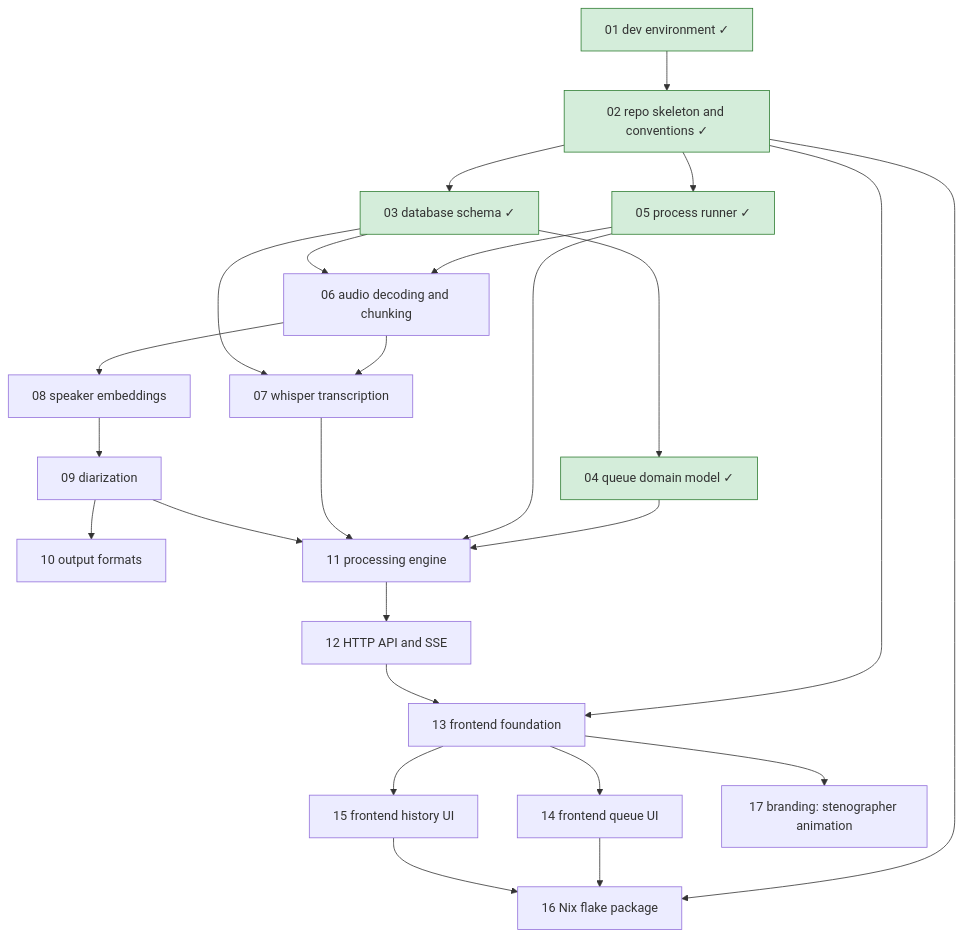
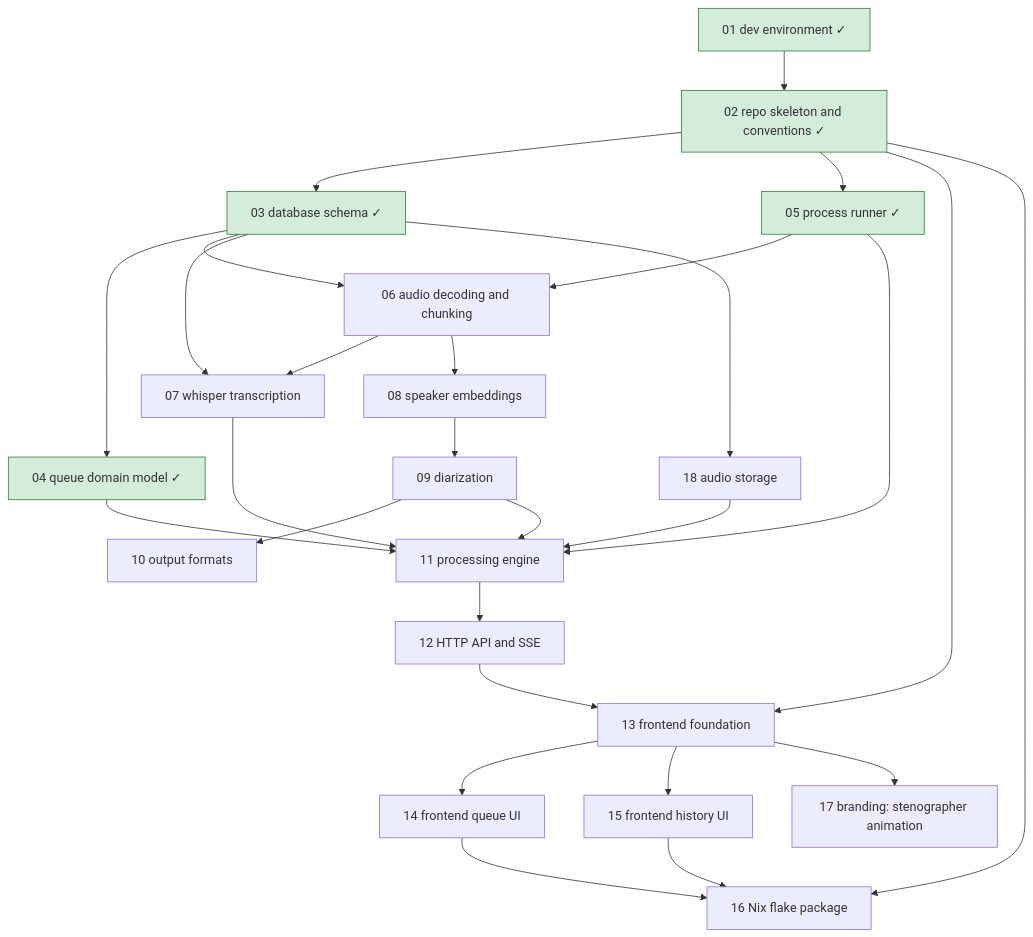
One commit to lulu-berlin/speech-to-text-app changed the diagram in roadmap/README.md. Above: the diagram before and after it, drawn with Mermaid. The commit also changed other lines of this file and 14 other files, not shown here.

Commit message:
Add ADR 0024: audio storage redesign; amend affected specs and add item 18

````diff
--- a/roadmap/README.md
+++ b/roadmap/README.md
@@ -17,28 +17,30 @@
 ```mermaid
 graph TD
   01[01 dev environment ✓]:::done --> 02[02 repo skeleton and conventions ✓]:::done
   02 --> 03[03 database schema ✓]:::done
   03 --> 04[04 queue domain model ✓]:::done
   02 --> 05[05 process runner ✓]:::done
   05 --> 06[06 audio decoding and chunking]
   03 --> 06
   06 --> 07[07 whisper transcription]
   03 --> 07
   06 --> 08[08 speaker embeddings]
   08 --> 09[09 diarization]
   09 --> 10[10 output formats]
   04 --> 11[11 processing engine]
   05 --> 11
   07 --> 11
   09 --> 11
+  03 --> 18[18 audio storage]
+  18 --> 11
   11 --> 12[12 HTTP API and SSE]
   02 --> 13[13 frontend foundation]
   12 --> 13
   13 --> 14[14 frontend queue UI]
   13 --> 15[15 frontend history UI]
   02 --> 16[16 Nix flake package]
   14 --> 16
   15 --> 16
   13 --> 17[17 branding: stenographer animation]
   classDef done fill:#d4edda,stroke:#2e7d32
 ```
````
